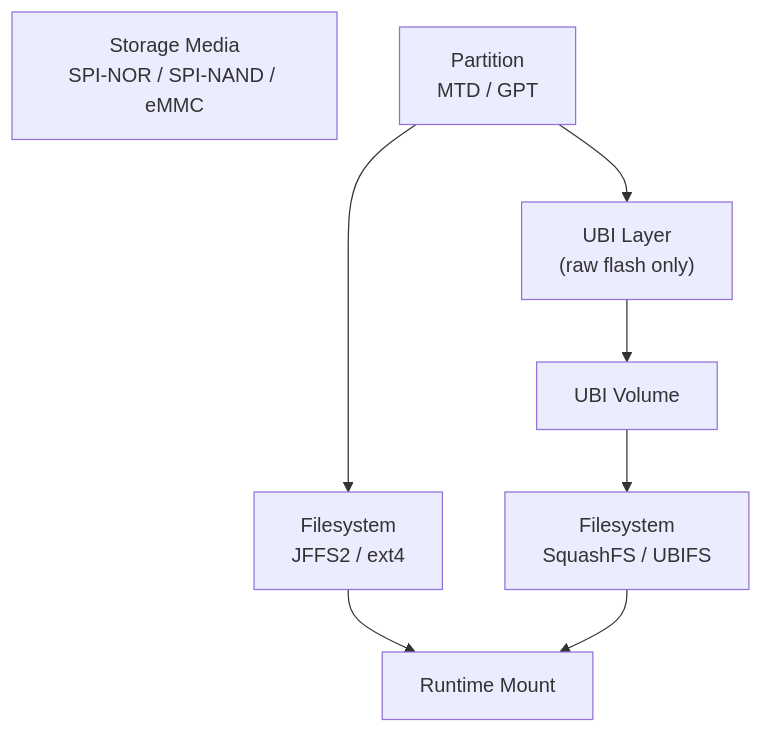
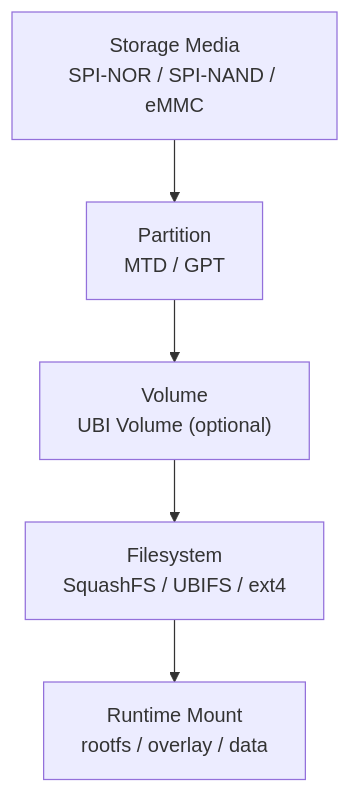
One commit to davidchen0970/porting-guide changed the first of 5 diagrams in 01_part_1_hardware_abstraction_layer/02_flash_partition_and_storage_architecture.md. Above: the diagram before and after it, drawn with Mermaid.

````diff
--- a/01_part_1_hardware_abstraction_layer/02_flash_partition_and_storage_architecture.md
+++ b/01_part_1_hardware_abstraction_layer/02_flash_partition_and_storage_architecture.md
@@ -30,14 +30,11 @@
 ```mermaid
 flowchart TB
 
     A["Storage Media<br/>SPI-NOR / SPI-NAND / eMMC"]
     B["Partition<br/>MTD / GPT"]
+    C["Volume<br/>UBI Volume (optional)"]
+    D["Filesystem<br/>SquashFS / UBIFS / ext4"]
+    E["Runtime Mount<br/>rootfs / overlay / data"]
 
-    B --> C["Filesystem<br/>JFFS2 / ext4"]
-    B --> D["UBI Layer<br/>(raw flash only)"]
-    D --> E["UBI Volume"]
-    E --> F["Filesystem<br/>SquashFS / UBIFS"]
-
-    C --> G["Runtime Mount"]
-    F --> G
+    A --> B --> C --> D --> E
 ```
````
